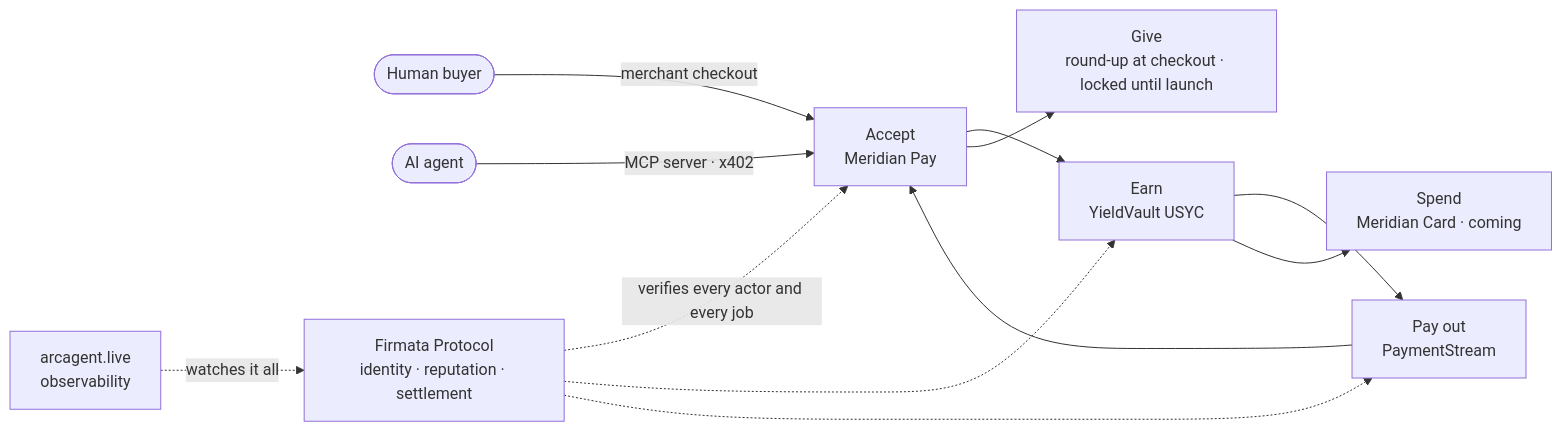
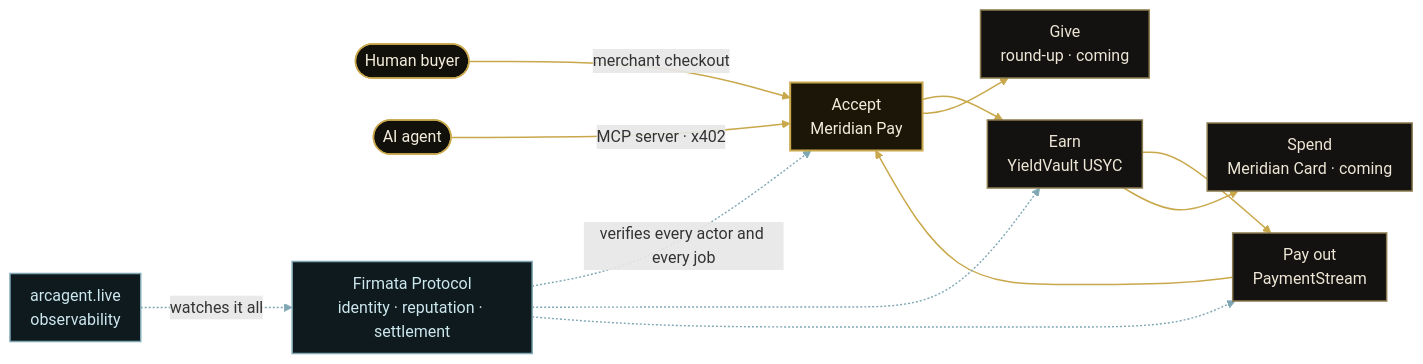
Before and after one commit to MeridianFinance/meridian-ecosystem: the first of 2 diagrams in README.md, drawn with Mermaid. The commit also changed other lines of this file, not shown here.

Commit message:
docs: restyle ecosystem diagrams with brand colors,improve readability

````diff
--- a/README.md
+++ b/README.md
@@ -96,14 +96,26 @@
 ```mermaid
+%%{init: {'flowchart': {'nodeSpacing': 42, 'rankSpacing': 58, 'padding': 10}, 'themeVariables': {'fontSize': '16px'}}}%%
 flowchart LR
     H(["Human buyer"]) -- "merchant checkout" --> A
     AG(["AI agent"]) -- "MCP server · x402" --> A
     A["Accept<br/>Meridian Pay"] --> M["Earn<br/>YieldVault USYC"]
-    A --> G["Give<br/>round-up at checkout · locked until launch"]
+    A --> G["Give<br/>round-up · coming"]
     M --> P["Pay out<br/>PaymentStream"]
     M --> C["Spend<br/>Meridian Card · coming"]
     P --> A
     T["Firmata Protocol<br/>identity · reputation · settlement"] -. "verifies every actor and every job" .-> A
     T -.-> M
     T -.-> P
     O["arcagent.live<br/>observability"] -. "watches it all" .-> T
+
+    classDef hub fill:#1c1608,stroke:#C9A84C,stroke-width:2px,color:#F3ECDB;
+    classDef prod fill:#141210,stroke:#8a7a4e,stroke-width:1.5px,color:#EDE6D6;
+    classDef actor fill:#12100b,stroke:#C9A84C,stroke-width:1.5px,color:#F3ECDB;
+    classDef trust fill:#0e1a1e,stroke:#7FA8B4,stroke-width:1.5px,color:#CDE7EE;
+    class A hub;
+    class M,G,P,C prod;
+    class H,AG actor;
+    class T,O trust;
+    linkStyle 0,1,2,3,4,5,6 stroke:#C9A84C,stroke-width:1.5px;
+    linkStyle 7,8,9,10 stroke:#7FA8B4,stroke-width:1.4px;
 ```
````
